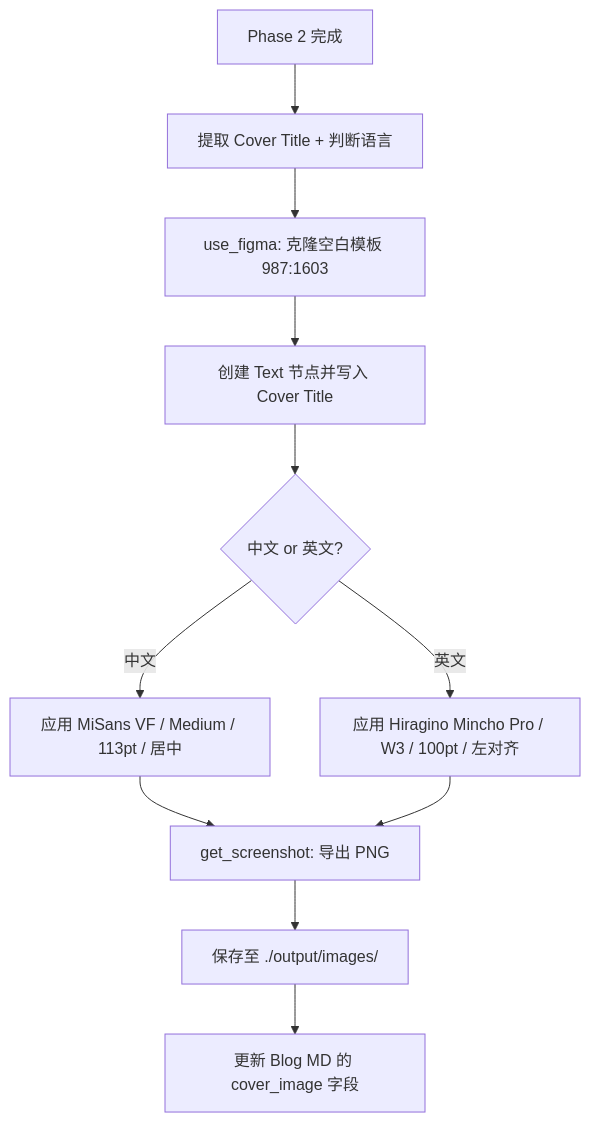
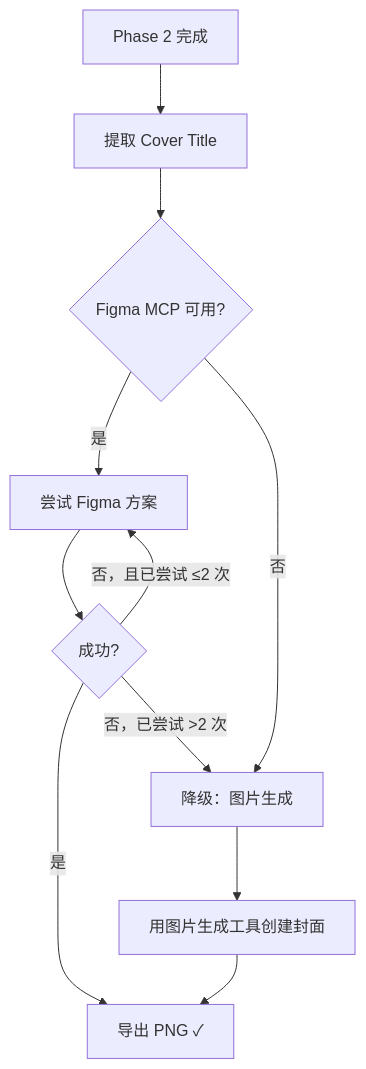
Before and after one commit to ashleyashli/seo-blog-factory: the fourth of 4 diagrams in .cursor/skills/blog-factory/SKILL.md, drawn with Mermaid. The commit also changed other lines of this file and 2 other files, not shown here.

First line of the commit message:
Add three blog type workflows (Announcement / Guide / Use Case)

````diff
--- a/.cursor/skills/blog-factory/SKILL.md
+++ b/.cursor/skills/blog-factory/SKILL.md
@@ -372,13 +467,13 @@
 ```mermaid
 graph TD
-    A[Phase 2 完成] --> B[提取 Cover Title + 判断语言]
-    B --> C[use_figma: 克隆空白模板 987:1603]
-    C --> D[创建 Text 节点并写入 Cover Title]
-    D --> E{中文 or 英文?}
-    E -->|中文| F[应用 MiSans VF / Medium / 113pt / 居中]
-    E -->|英文| G[应用 Hiragino Mincho Pro / W3 / 100pt / 左对齐]
-    F --> H[get_screenshot: 导出 PNG]
-    G --> H
-    H --> I[保存至 ./output/images/]
-    I --> J[更新 Blog MD 的 cover_image 字段]
+    A[Phase 2 完成] --> B[提取 Cover Title]
+    B --> C{Figma MCP 可用?}
+    C -->|是| D[尝试 Figma 方案]
+    D --> E{成功?}
+    E -->|是| F[导出 PNG ✓]
+    E -->|否，且已尝试 ≤2 次| D
+    E -->|否，已尝试 >2 次| G[降级：图片生成]
+    C -->|否| G
+    G --> H[用图片生成工具创建封面]
+    H --> F
 ```
````
